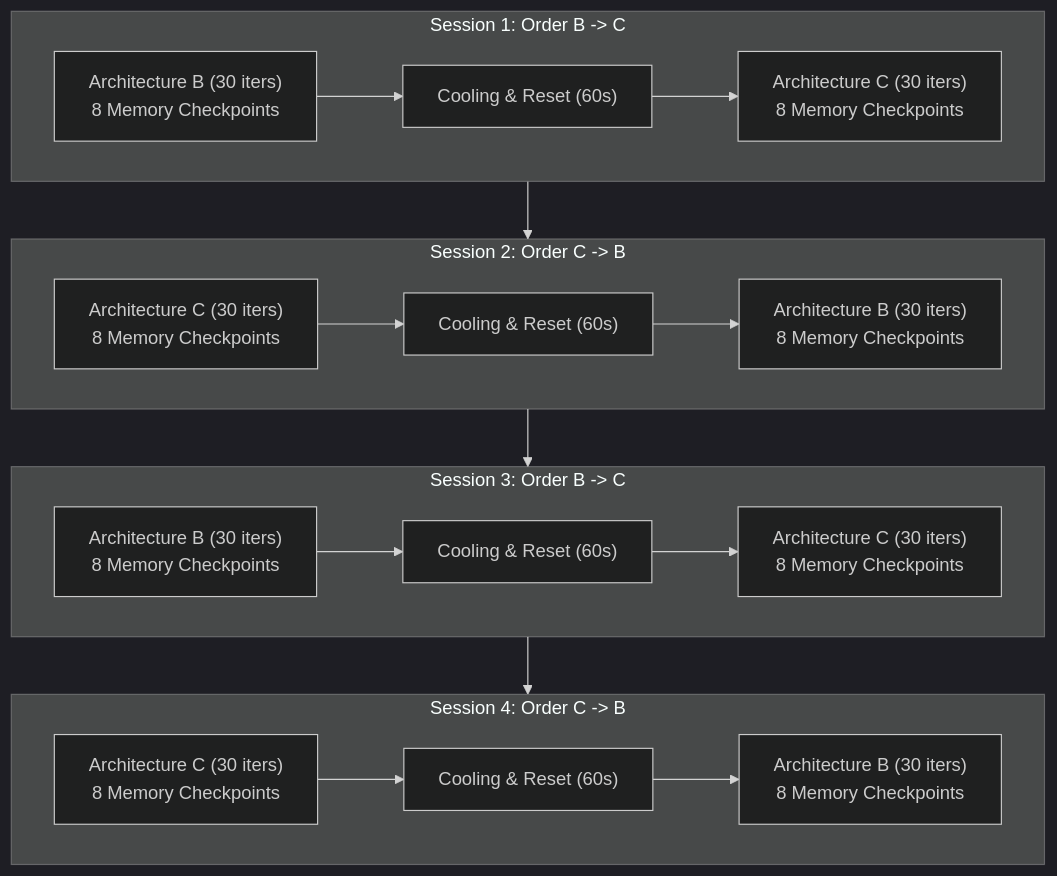
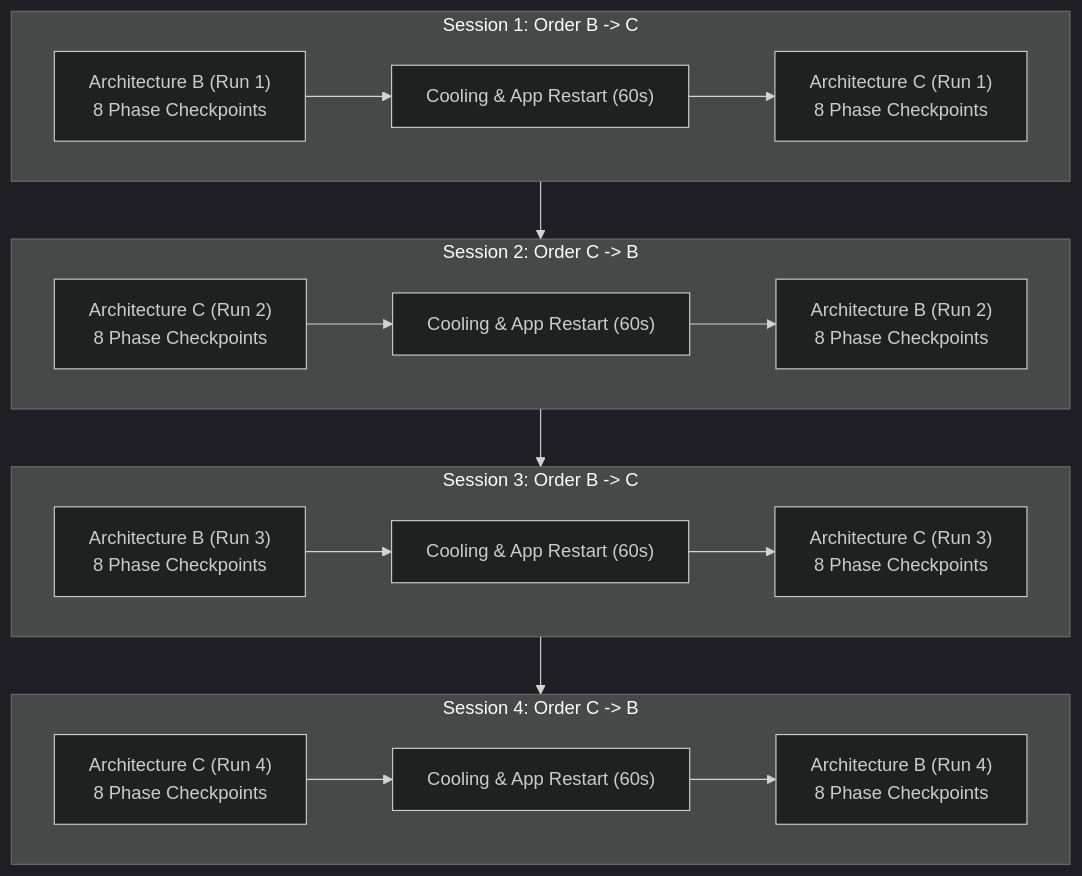
One commit to z-sops/snap-to-fit changed the diagram in research/m2-3a/decision/MVP-001-memory-execution-plan.md. Above: the diagram before and after it, drawn with Mermaid (dark theme). The commit also changed other lines of this file and 5 other files, not shown here.

````diff
--- a/research/m2-3a/decision/MVP-001-memory-execution-plan.md
+++ b/research/m2-3a/decision/MVP-001-memory-execution-plan.md
@@ -53,20 +63,20 @@
 ```mermaid
 flowchart TD
     subgraph S1["Session 1: Order B -> C"]
-        S1_B["Architecture B (30 iters)<br/>8 Memory Checkpoints"] --> S1_Cool["Cooling & Reset (60s)"]
-        S1_Cool --> S1_C["Architecture C (30 iters)<br/>8 Memory Checkpoints"]
+        S1_B["Architecture B (Run 1)<br/>8 Phase Checkpoints"] --> S1_Cool["Cooling & App Restart (60s)"]
+        S1_Cool --> S1_C["Architecture C (Run 1)<br/>8 Phase Checkpoints"]
     end
     subgraph S2["Session 2: Order C -> B"]
-        S2_C["Architecture C (30 iters)<br/>8 Memory Checkpoints"] --> S2_Cool["Cooling & Reset (60s)"]
-        S2_Cool --> S2_B["Architecture B (30 iters)<br/>8 Memory Checkpoints"]
+        S2_C["Architecture C (Run 2)<br/>8 Phase Checkpoints"] --> S2_Cool["Cooling & App Restart (60s)"]
+        S2_Cool --> S2_B["Architecture B (Run 2)<br/>8 Phase Checkpoints"]
     end
     subgraph S3["Session 3: Order B -> C"]
-        S3_B["Architecture B (30 iters)<br/>8 Memory Checkpoints"] --> S3_Cool["Cooling & Reset (60s)"]
-        S3_Cool --> S3_C["Architecture C (30 iters)<br/>8 Memory Checkpoints"]
+        S3_B["Architecture B (Run 3)<br/>8 Phase Checkpoints"] --> S3_Cool["Cooling & App Restart (60s)"]
+        S3_Cool --> S3_C["Architecture C (Run 3)<br/>8 Phase Checkpoints"]
     end
     subgraph S4["Session 4: Order C -> B"]
-        S4_C["Architecture C (30 iters)<br/>8 Memory Checkpoints"] --> S4_Cool["Cooling & Reset (60s)"]
-        S4_Cool --> S4_B["Architecture B (30 iters)<br/>8 Memory Checkpoints"]
+        S4_C["Architecture C (Run 4)<br/>8 Phase Checkpoints"] --> S4_Cool["Cooling & App Restart (60s)"]
+        S4_Cool --> S4_B["Architecture B (Run 4)<br/>8 Phase Checkpoints"]
     end
     S1 --> S2 --> S3 --> S4
 ```
````
